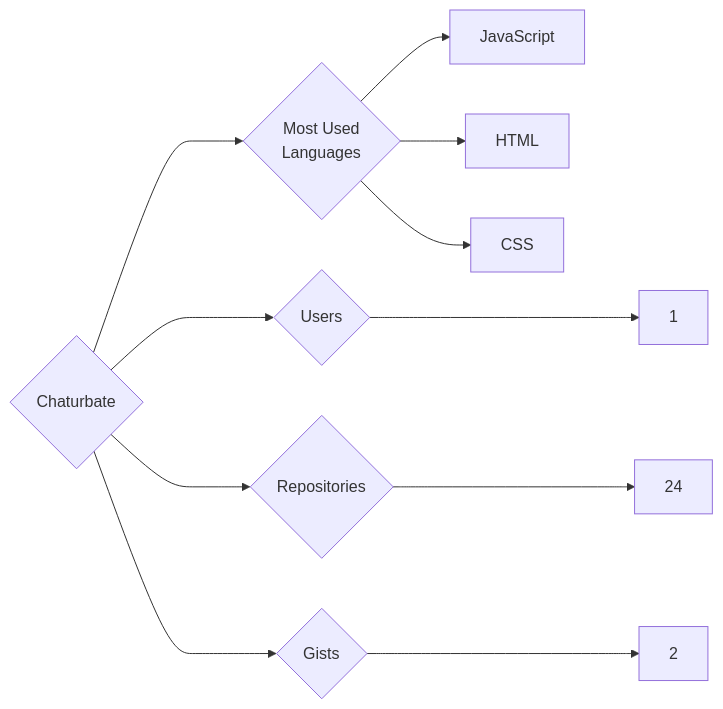
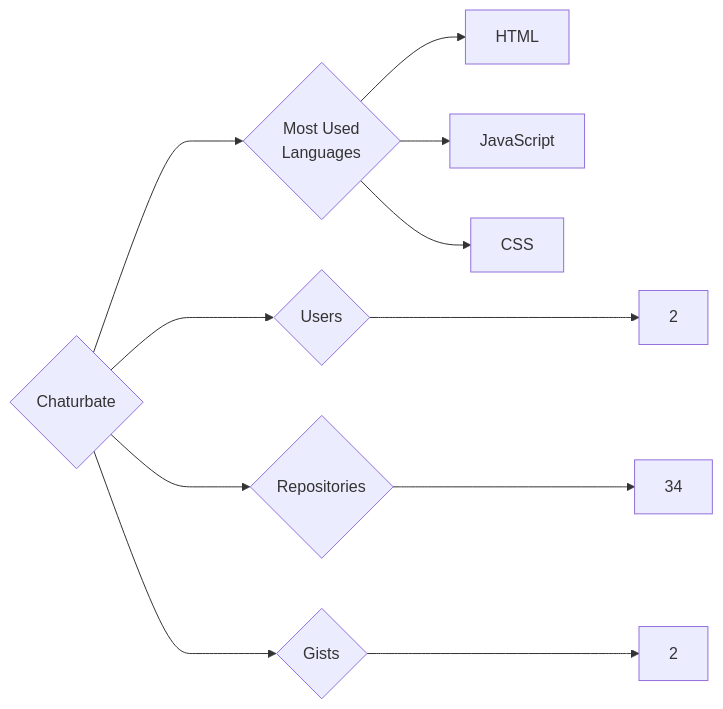
The diagram in targets/Chaturbate/README.md (trickest/insiders), drawn with Mermaid before and after one commit. The commit also changed 715 other files, not shown here.

````diff
--- a/targets/Chaturbate/README.md
+++ b/targets/Chaturbate/README.md
@@ -3,11 +3,11 @@
 ```mermaid
 graph LR
 COMPANY_NAME{Chaturbate}
-COMPANY_NAME ---> U{Users} ---> UN[1]
-COMPANY_NAME ---> R{Repositories} ---> RN[24]
+COMPANY_NAME ---> U{Users} ---> UN[2]
+COMPANY_NAME ---> R{Repositories} ---> RN[34]
 COMPANY_NAME ---> G{Gists} ---> GN[2]
 COMPANY_NAME ---> ML{Most Used<br>Languages}
+ML --> HTML[HTML]
 ML --> JavaScript[JavaScript]
-ML --> HTML[HTML]
 ML --> CSS[CSS]
 ```
````
